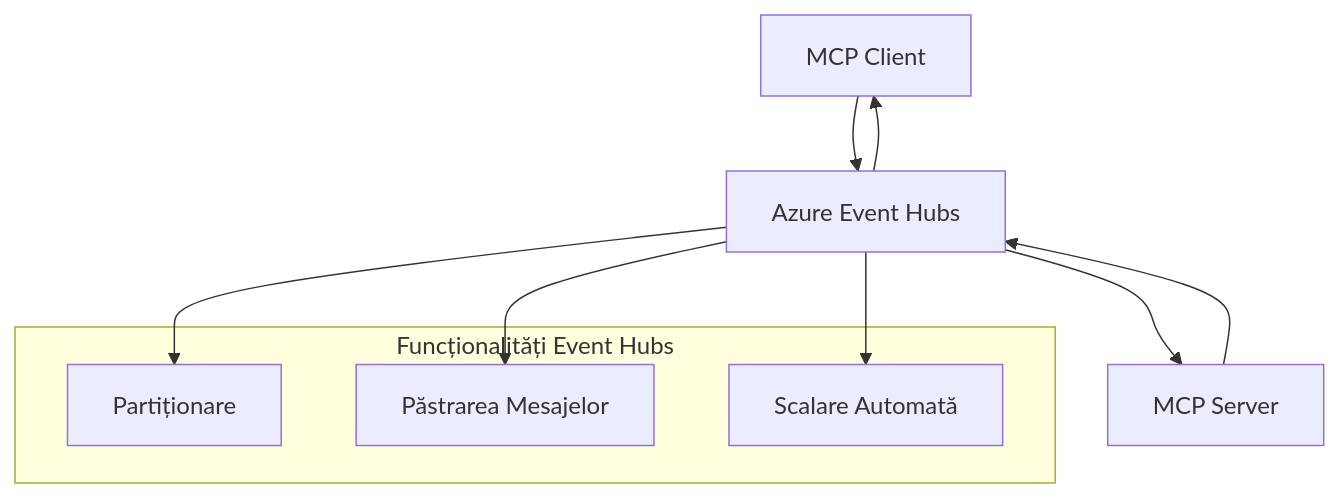
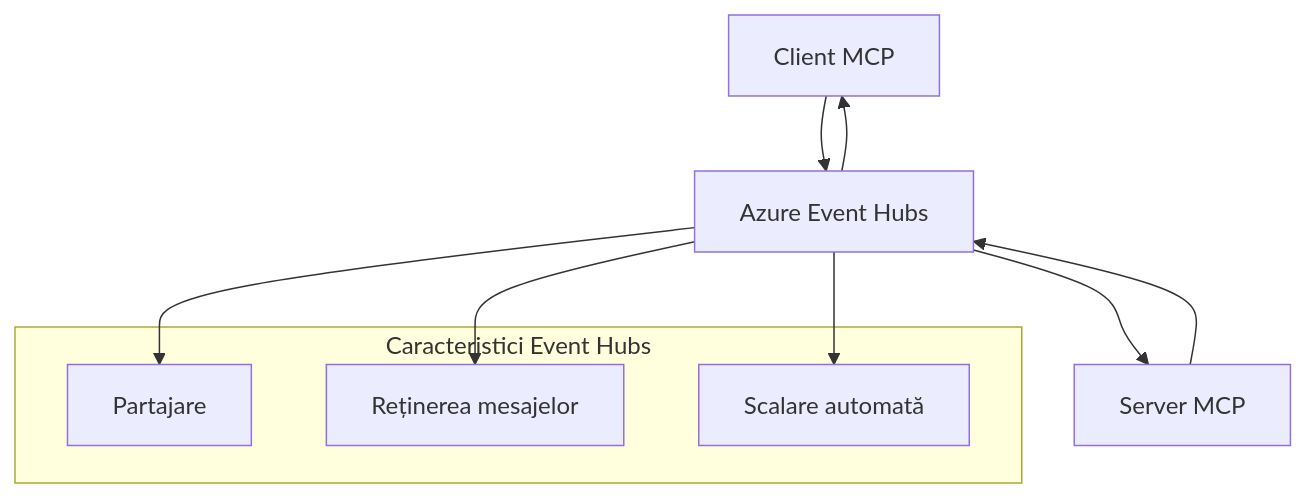
One commit to HIDORAKAI002/ai-workspace-archive changed the second of 2 diagrams in mcp_ecosystem__model_context_protocol/mcp_learning_resources/mcp-for-beginners/translations/ro/05-AdvancedTopics/mcp-transport/README.md. Above: the diagram before and after it, drawn with Mermaid. The commit also changed other lines of this file and 1046 other files, not shown here.

````diff
--- a/mcp_ecosystem__model_context_protocol/mcp_learning_resources/mcp-for-beginners/translations/ro/05-AdvancedTopics/mcp-transport/README.md
+++ b/mcp_ecosystem__model_context_protocol/mcp_learning_resources/mcp-for-beginners/translations/ro/05-AdvancedTopics/mcp-transport/README.md
@@ -270,17 +272,17 @@
 ```mermaid
 graph TB
-    Client[MCP Client] --> EH[Azure Event Hubs]
-    EH --> Server[MCP Server]
+    Client[Client MCP] --> EH[Azure Event Hubs]
+    EH --> Server[Server MCP]
     Server --> EH
     EH --> Client
     
-    subgraph "Funcționalități Event Hubs"
-        Partition[Partiționare]
-        Retention[Păstrarea Mesajelor]
-        Scaling[Scalare Automată]
+    subgraph "Caracteristici Event Hubs"
+        Partition[Partajare]
+        Retention[Reținerea mesajelor]
+        Scaling[Scalare automată]
     end
     
     EH --> Partition
     EH --> Retention
     EH --> Scaling
 ```
````
